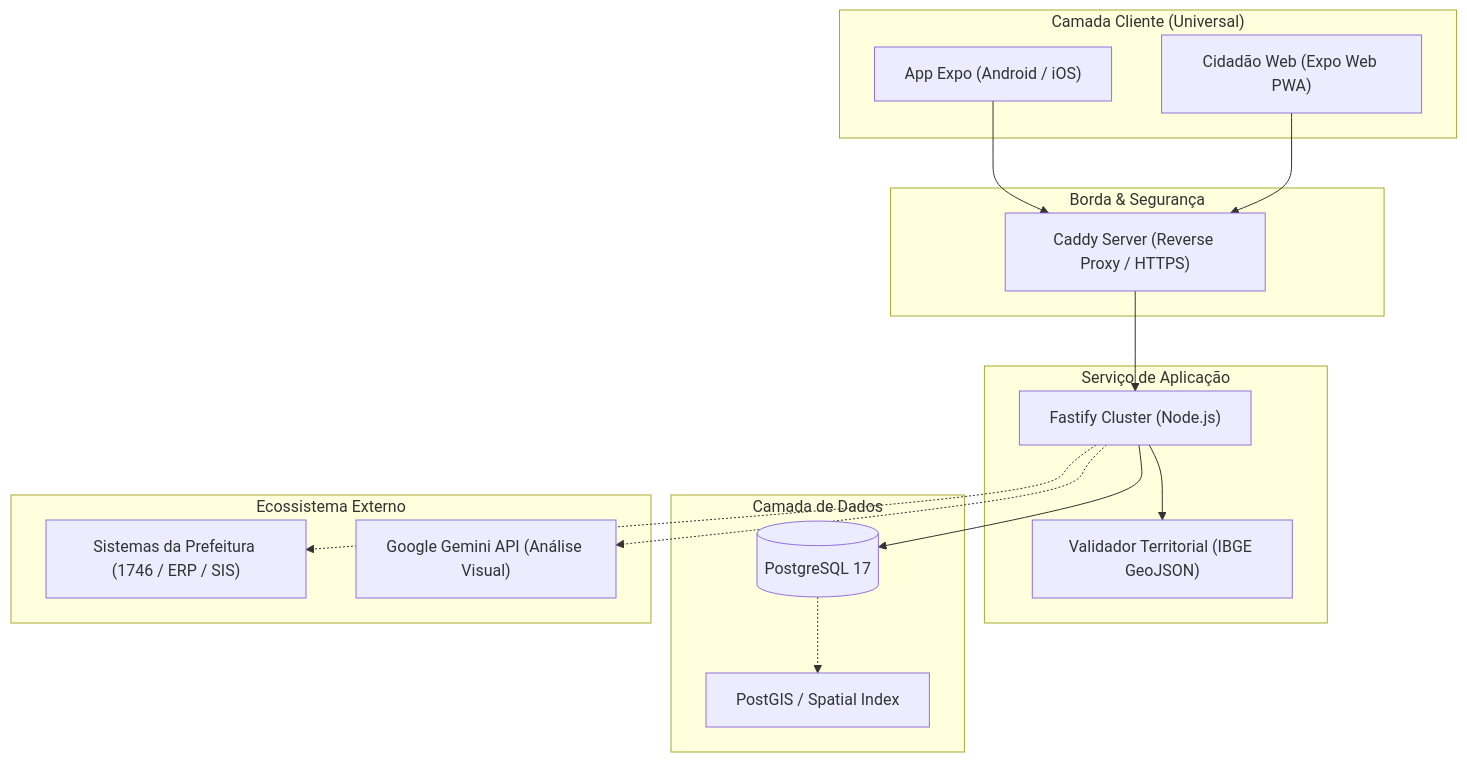
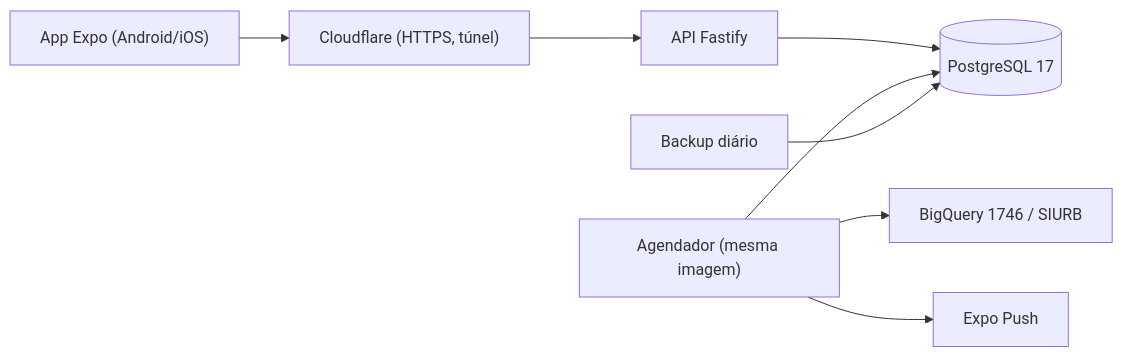
One commit to matheuscastroks/fiscaliza-ai changed the diagram in docs/decisoes.md. Above: the diagram before and after it, drawn with Mermaid. The commit also changed other lines of this file and 40 other files, not shown here.

````diff
--- a/docs/decisoes.md
+++ b/docs/decisoes.md
@@ -112,35 +53,10 @@
 ```mermaid
-flowchart TD
-    subgraph Client["Camada Cliente (Universal)"]
-        Mobile["App Expo (Android / iOS)"]
-        Web["Cidadão Web (Expo Web PWA)"]
-    end
-
-    subgraph Edge["Borda & Segurança"]
-        Caddy["Caddy Server (Reverse Proxy / HTTPS)"]
-    end
-
-    subgraph AppServer["Serviço de Aplicação"]
-        Fastify["Fastify Cluster (Node.js)"]
-        TerritoryValidator["Validador Territorial (IBGE GeoJSON)"]
-    end
-
-    subgraph DataTier["Camada de Dados"]
-        Postgres[(PostgreSQL 17)]
-        SpatialIndex["PostGIS / Spatial Index"]
-    end
-
-    subgraph Integrations["Ecossistema Externo"]
-        CityHallAPI["Sistemas da Prefeitura (1746 / ERP / SIS)"]
-        GeminiAPI["Google Gemini API (Análise Visual)"]
-    end
-
-    Mobile --> Caddy
-    Web --> Caddy
-    Caddy --> Fastify
-    Fastify --> TerritoryValidator
-    Fastify --> Postgres
-    Postgres -.-> SpatialIndex
-    Fastify -.-> CityHallAPI
-    Fastify -.-> GeminiAPI
+flowchart LR
+  App["App Expo (Android/iOS)"] --> CF["Cloudflare (HTTPS, túnel)"]
+  CF --> API["API Fastify"]
+  API --> PG[(PostgreSQL 17)]
+  Sched["Agendador (mesma imagem)"] --> PG
+  Sched --> BQ["BigQuery 1746 / SIURB"]
+  Sched --> Expo["Expo Push"]
+  Backup["Backup diário"] --> PG
 ```
````
